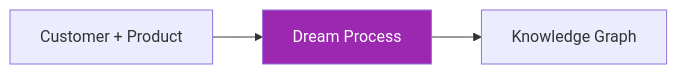
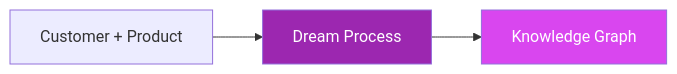
Before and after one commit to kirilligum/co-dreamer-hackathon-20251011: the first of 3 diagrams in README.md, drawn with Mermaid. The commit also changed other lines of this file, not shown here.

Commit message:
docs: Update README with new flowchart styles

````diff
--- a/README.md
+++ b/README.md
@@ -27,5 +27,6 @@
 ```mermaid
 flowchart LR
     A[Customer + Product] --> B[Dream Process] --> C[Knowledge Graph]
     style B fill:#9c27b0,color:#fff
+    style C fill:#d946ef,color:#fff
 ```
````
